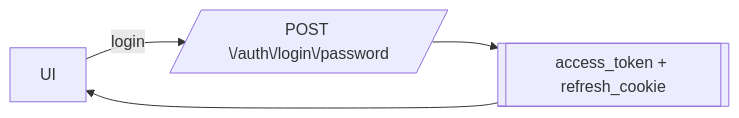
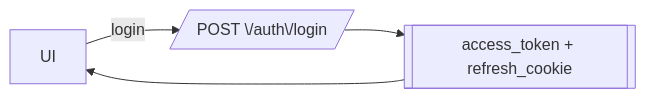
Before and after one commit to admin310st/301: the fifth of 14 diagrams in wiki/API.md, drawn with Mermaid. The commit also changed other lines of this file, not shown here.

````diff
--- a/wiki/API.md
+++ b/wiki/API.md
@@ -329,6 +431,6 @@
 ```mermaid
 flowchart LR
-  UI -->|login| Auth[/POST \/auth\/login\/password/]
+  UI -->|login| Auth[/POST \/auth\/login/]
   Auth --> Tokens[[access_token + refresh_cookie]]
   Tokens --> UI
 ```
````
